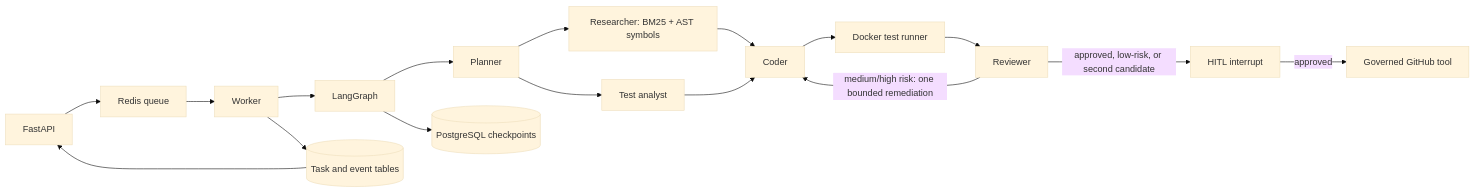
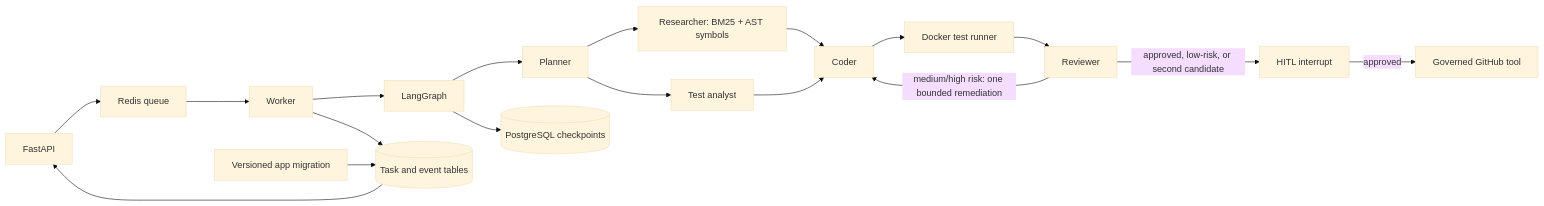
The diagram in docs/architecture.md (xsw932187210-cell/RepoPilot), drawn with Mermaid (base theme) before and after one commit. The commit also changed other lines of this file and 4 other files, not shown here.

````diff
--- a/docs/architecture.md
+++ b/docs/architecture.md
@@ -5,19 +5,20 @@
 ```mermaid
 flowchart LR
   API[FastAPI] --> Q[Redis queue]
   Q --> W[Worker]
   W --> G[LangGraph]
   G --> P[Planner]
   P --> R[Researcher: BM25 + AST symbols]
   P --> T[Test analyst]
   R --> C[Coder]
   T --> C
   C --> S[Docker test runner]
   S --> V[Reviewer]
   V -->|medium/high risk: one bounded remediation| C
   V -->|approved, low-risk, or second candidate| H[HITL interrupt]
   H -->|approved| GH[Governed GitHub tool]
   G --> CP[(PostgreSQL checkpoints)]
   W --> E[(Task and event tables)]
+  M[Versioned app migration] --> E
   E --> API
 ```
````
